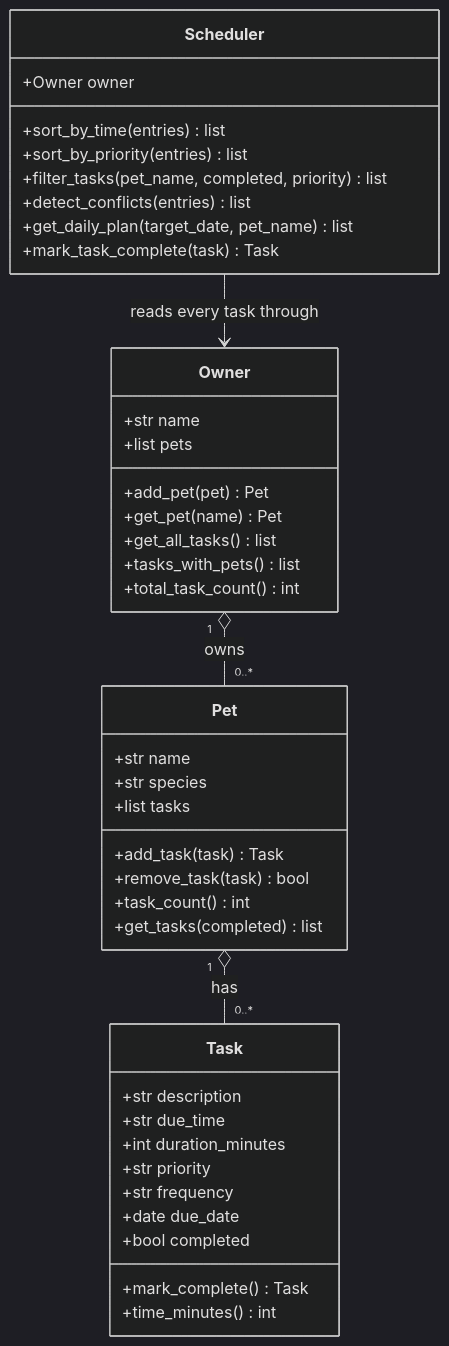
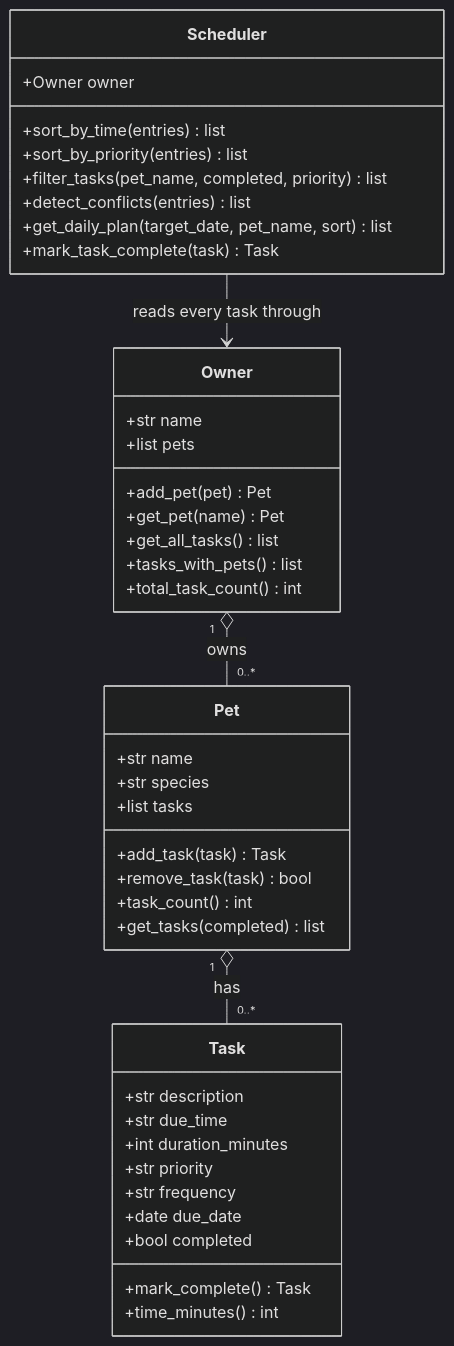
The diagram in diagrams/uml.mmd (WendyZhang2024/ai110-module2show-pawpal-starter), drawn with Mermaid (dark theme) before and after one commit. The commit also changed 3 other files, not shown here.

First line of the commit message:
docs: finalize UML, features list and reflection

```diff
--- a/diagrams/uml.mmd
+++ b/diagrams/uml.mmd
@@ -1,52 +1,51 @@
 classDiagram
-    %% PawPal+ system design (Phase 1 complete).
-    %% Owner 1 --- * Pet 1 --- * Task.
-    %% The Scheduler reads *every* pet's tasks through the Owner, so a plan is
-    %% built for the whole household instead of for one pet at a time.
-    %% Step 5 will add Task.frequency + Task.due_date for recurring tasks.
+    %% PawPal+ system design - graded entry point.
+    %% Kept identical to diagrams/uml_final.mmd (the Phase 6 final copy).
+    %% Owner 1 --- * Pet 1 --- * Task, and the Scheduler reads every pet's
+    %% tasks through the Owner so a plan covers the whole household.
 
     class Task {
         +str description
         +str due_time
         +int duration_minutes
         +str priority
         +str frequency
         +date due_date
         +bool completed
         +mark_complete() Task
         +time_minutes() int
     }
 
     class Pet {
         +str name
         +str species
         +list tasks
         +add_task(task) Task
         +remove_task(task) bool
         +task_count() int
         +get_tasks(completed) list
     }
 
     class Owner {
         +str name
         +list pets
         +add_pet(pet) Pet
         +get_pet(name) Pet
         +get_all_tasks() list
         +tasks_with_pets() list
         +total_task_count() int
     }
 
     class Scheduler {
         +Owner owner
         +sort_by_time(entries) list
         +sort_by_priority(entries) list
         +filter_tasks(pet_name, completed, priority) list
         +detect_conflicts(entries) list
-        +get_daily_plan(target_date, pet_name) list
+        +get_daily_plan(target_date, pet_name, sort) list
         +mark_task_complete(task) Task
     }
 
     Owner "1" o-- "0..*" Pet : owns
     Pet "1" o-- "0..*" Task : has
     Scheduler --> Owner : reads every task through
```
